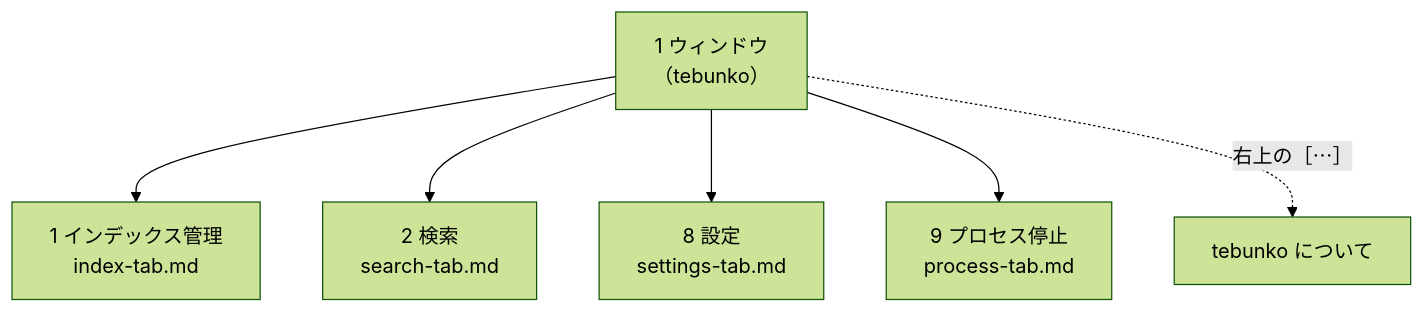
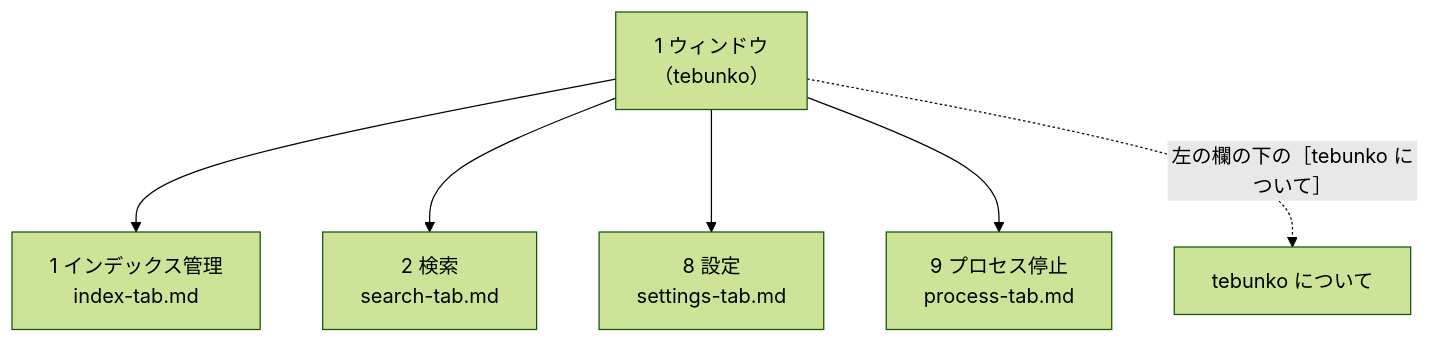
One commit to hsgwa/tebunko changed the first of 2 diagrams in docs/design/gui/index.md. Above: the diagram before and after it, drawn with Mermaid (forest theme). The commit also changed other lines of this file and 35 other files, not shown here.

````diff
--- a/docs/design/gui/index.md
+++ b/docs/design/gui/index.md
@@ -16,9 +16,9 @@
 ```mermaid
 flowchart TB
     win["1 ウィンドウ<br>（tebunko）"]
     win --> t1["1 インデックス管理<br>index-tab.md"]
     win --> t2["2 検索<br>search-tab.md"]
     win --> t8["8 設定<br>settings-tab.md"]
     win --> t9["9 プロセス停止<br>process-tab.md"]
-    win -. "右上の［⋯］" .-> about["tebunko について"]
+    win -. "左の欄の下の［tebunko について］" .-> about["tebunko について"]
 ```
````
